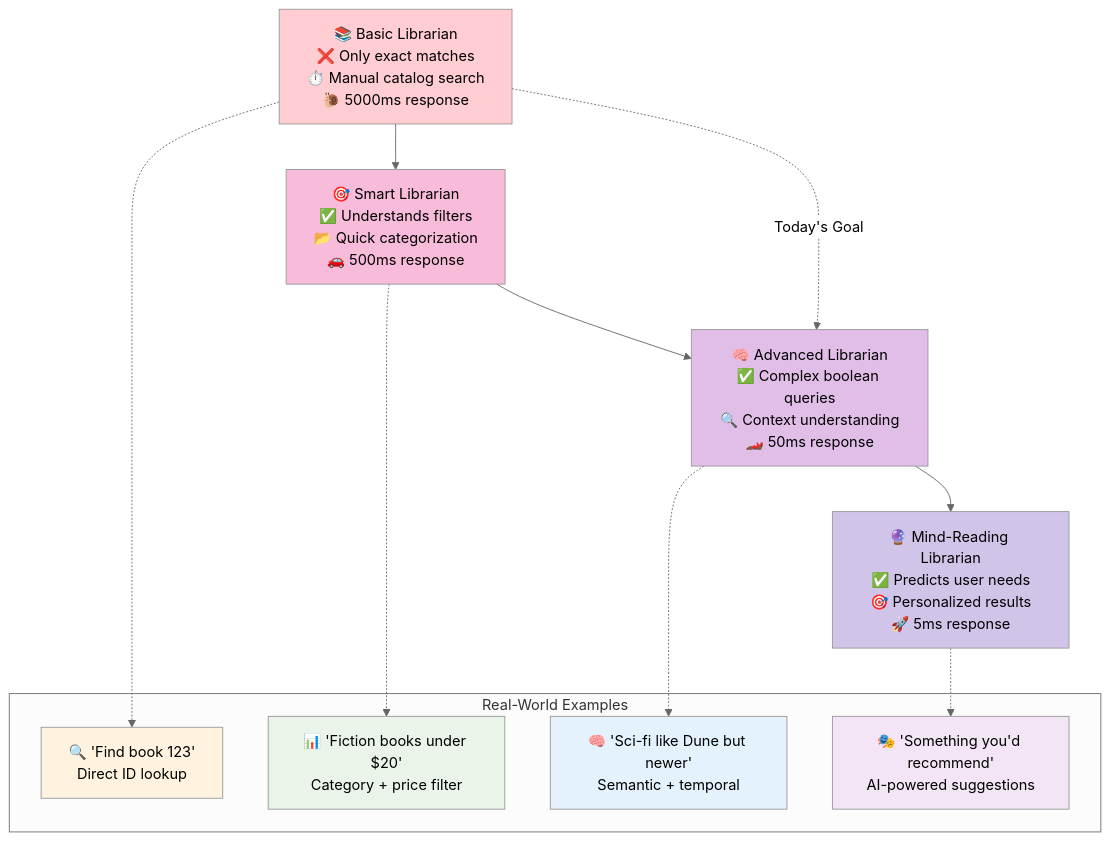
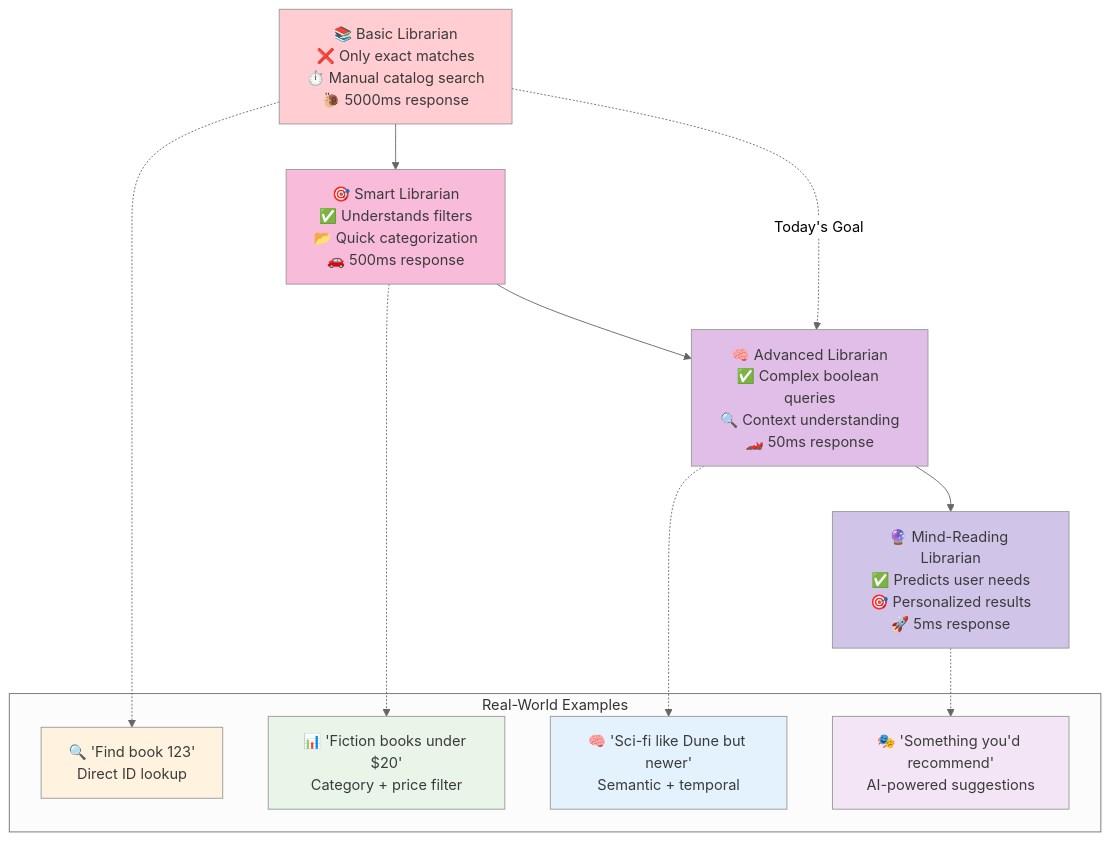
The second of 6 diagrams in app/docs/03_intermediate/01-filtering-searching/page.mdx (ridwanspace/restful-fastapi-guideline), drawn with Mermaid (neutral theme) before and after one commit. The commit also changed other lines of this file and 13 other files, not shown here.

First line of the commit message:
💄 style(docs): improve readability of diagrams

````diff
--- a/app/docs/03_intermediate/01-filtering-searching/page.mdx
+++ b/app/docs/03_intermediate/01-filtering-searching/page.mdx
@@ -51,34 +51,34 @@
 ```mermaid
 flowchart TD
     A["📚 Basic Librarian<br/>❌ Only exact matches<br/>⏱️ Manual catalog search<br/>🐌 5000ms response"] 
     B["🎯 Smart Librarian<br/>✅ Understands filters<br/>📂 Quick categorization<br/>🚗 500ms response"]
     C["🧠 Advanced Librarian<br/>✅ Complex boolean queries<br/>🔍 Context understanding<br/>🏎️ 50ms response"]
     D["🔮 Mind-Reading Librarian<br/>✅ Predicts user needs<br/>🎯 Personalized results<br/>🚀 5ms response"]
     
     A --> B
     B --> C
     C --> D
     
     A -.->|"Today's Goal"| C
     
     subgraph "Real-World Examples"
         E["🔍 'Find book 123'<br/>Direct ID lookup"]
         F["📊 'Fiction books under $20'<br/>Category + price filter"]
         G["🧠 'Sci-fi like Dune but newer'<br/>Semantic + temporal"]
         H["🎭 'Something you'd recommend'<br/>AI-powered suggestions"]
     end
     
     A -.-> E
     B -.-> F
     C -.-> G
     D -.-> H
     
-    style A fill:#ffcdd2
-    style B fill:#f8bbd9
-    style C fill:#e1bee7
-    style D fill:#d1c4e9
-    style E fill:#fff3e0
-    style F fill:#e8f5e8
-    style G fill:#e3f2fd
-    style H fill:#f3e5f5
+    style A fill:#ffcdd2,color:#3b3b3b
+    style B fill:#f8bbd9,color:#3b3b3b
+    style C fill:#e1bee7,color:#3b3b3b
+    style D fill:#d1c4e9,color:#3b3b3b
+    style E fill:#fff3e0,color:#3b3b3b
+    style F fill:#e8f5e8,color:#3b3b3b
+    style G fill:#e3f2fd,color:#3b3b3b
+    style H fill:#f3e5f5,color:#3b3b3b
 ```
````
